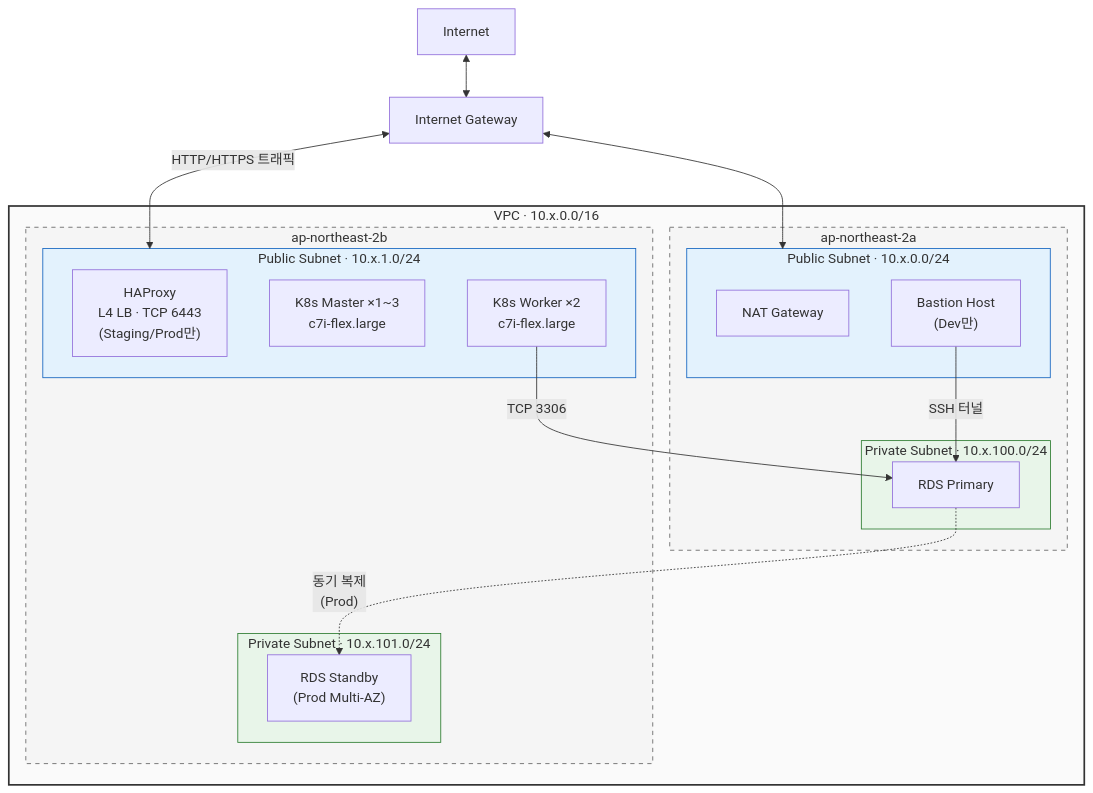
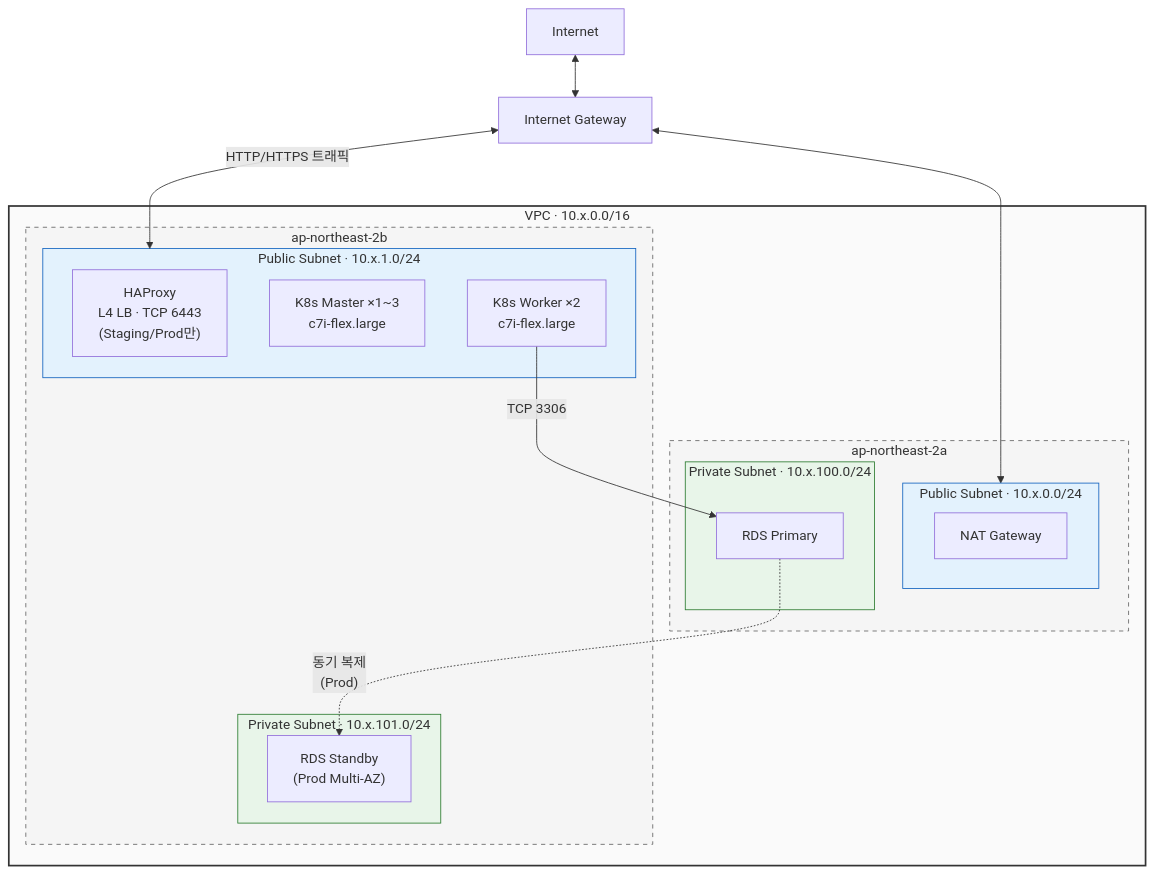
The second of 18 diagrams in report.md (revenantonthemission/2-cho-community-infra), drawn with Mermaid before and after one commit. The commit also changed other lines of this file, not shown here.

````diff
--- a/report.md
+++ b/report.md
@@ -169,43 +188,41 @@
 ```mermaid
 flowchart TD
     Internet["Internet"]
     IGW["Internet Gateway"]
 
     subgraph VPC["VPC · 10.x.0.0/16"]
         subgraph AZ_A["ap-northeast-2a"]
             subgraph PubA["Public Subnet · 10.x.0.0/24"]
                 NAT_A["NAT Gateway"]
-                Bastion["Bastion Host<br/>(Dev만)"]
             end
             subgraph PrivA["Private Subnet · 10.x.100.0/24"]
                 RDS_Primary["RDS Primary"]
             end
         end
 
         subgraph AZ_B["ap-northeast-2b"]
             subgraph PubB["Public Subnet · 10.x.1.0/24"]
                 HAProxy["HAProxy<br/>L4 LB · TCP 6443<br/>(Staging/Prod만)"]
                 K8sMaster["K8s Master ×1~3<br/>c7i-flex.large"]
                 K8sWorker["K8s Worker ×2<br/>c7i-flex.large"]
             end
             subgraph PrivB["Private Subnet · 10.x.101.0/24"]
                 RDS_Standby["RDS Standby<br/>(Prod Multi-AZ)"]
             end
         end
     end
 
     Internet <--> IGW
     IGW <--> PubA
     IGW <-->|"HTTP/HTTPS 트래픽"| PubB
-    Bastion -->|"SSH 터널"| RDS_Primary
     K8sWorker -->|"TCP 3306"| RDS_Primary
     RDS_Primary -. "동기 복제<br/>(Prod)" .-> RDS_Standby
 
     style VPC fill:#fafafa,stroke:#333,stroke-width:2px
     style AZ_A fill:#f5f5f5,stroke:#666,stroke-dasharray:5 5
     style AZ_B fill:#f5f5f5,stroke:#666,stroke-dasharray:5 5
     style PubA fill:#e3f2fd,stroke:#1565c0
     style PubB fill:#e3f2fd,stroke:#1565c0
     style PrivA fill:#e8f5e9,stroke:#2e7d32
     style PrivB fill:#e8f5e9,stroke:#2e7d32
 ```
````
